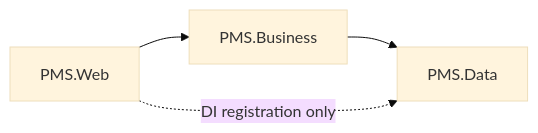
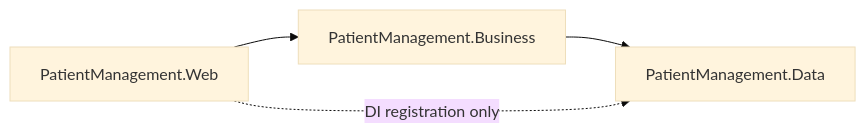
Before and after one commit to sravva1994D/ClaudeCodeBhaskar: the second of 3 diagrams in Documentation/02-Planning/02-Three-Tier-Architecture-Diagram.md, drawn with Mermaid (base theme). The commit also changed other lines of this file and 9 other files, not shown here.

First line of the commit message:
docs(planning): rename PMS.* to PatientManagement.* (R-1)

````diff
--- a/Documentation/02-Planning/02-Three-Tier-Architecture-Diagram.md
+++ b/Documentation/02-Planning/02-Three-Tier-Architecture-Diagram.md
@@ -52,6 +52,6 @@
 ```mermaid
 flowchart LR
-  WEB["PMS.Web"] --> BUS["PMS.Business"]
-  BUS --> DAT["PMS.Data"]
+  WEB["PatientManagement.Web"] --> BUS["PatientManagement.Business"]
+  BUS --> DAT["PatientManagement.Data"]
   WEB -. "DI registration only" .-> DAT
 ```
````
